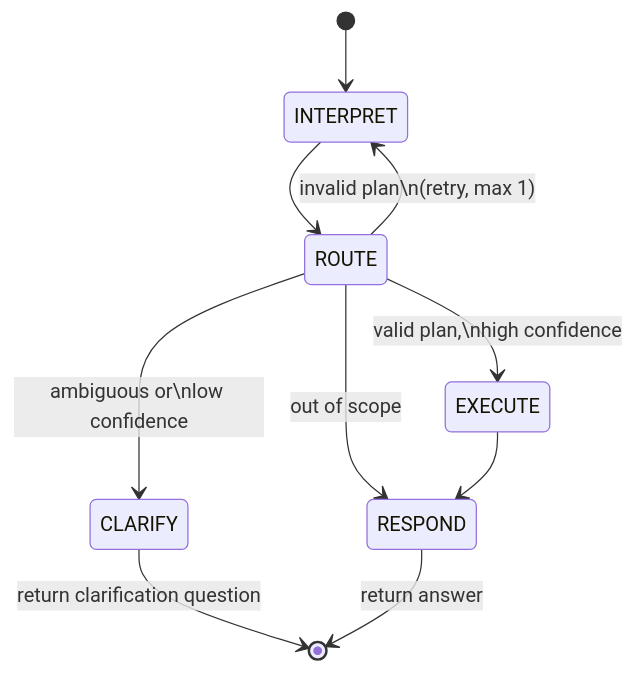
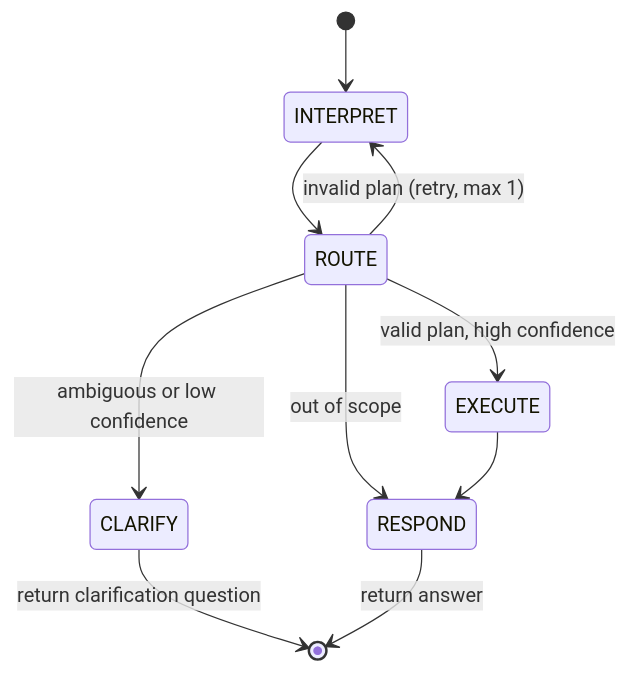
Before and after one commit to YauheniMikevich/semantic-query-agent: the second of 2 diagrams in README.md, drawn with Mermaid.

Commit message:
docs: fix mermaid edge labels in state diagram

````diff
--- a/README.md
+++ b/README.md
@@ -24,12 +24,12 @@
 ```mermaid
 stateDiagram-v2
     [*] --> INTERPRET
     INTERPRET --> ROUTE
-    ROUTE --> EXECUTE : valid plan,\nhigh confidence
-    ROUTE --> CLARIFY : ambiguous or\nlow confidence
+    ROUTE --> EXECUTE : valid plan, high confidence
+    ROUTE --> CLARIFY : ambiguous or low confidence
     ROUTE --> RESPOND : out of scope
-    ROUTE --> INTERPRET : invalid plan\n(retry, max 1)
+    ROUTE --> INTERPRET : invalid plan (retry, max 1)
     EXECUTE --> RESPOND
     CLARIFY --> [*] : return clarification question
     RESPOND --> [*] : return answer
 ```
````
